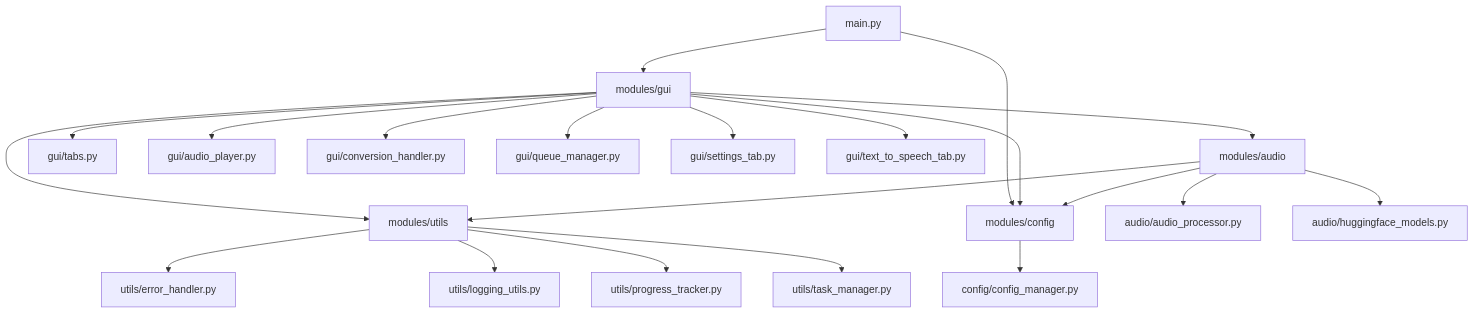
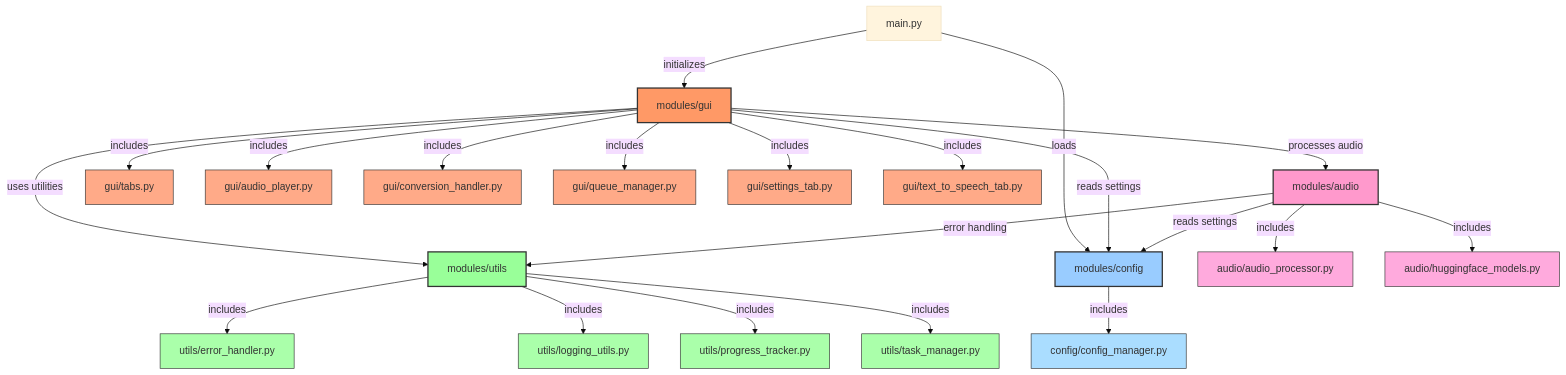
One commit to BluGenes-source/audio-to-text-app changed the diagram in README.md. Above: the diagram before and after it, drawn with Mermaid.

Commit message:
Update README.md with color-coded module dependencies diagram

````diff
--- a/README.md
+++ b/README.md
@@ -122,28 +122,45 @@
 ```mermaid
+%%{init: {'theme': 'base', 'themeVariables': { 'fontSize': '16px', 'fontFamily': 'arial' }}}%%
 graph TD
-    main[main.py] --> gui[modules/gui]
-    main --> config[modules/config]
-    gui --> audio[modules/audio]
-    gui --> utils[modules/utils]
-    gui --> config
-    audio --> utils
-    audio --> config
+    %% Main module relationships with color coding
+    main[main.py] -->|initializes| gui[modules/gui]:::coreModule
+    main[main.py] -->|loads| config[modules/config]:::configModule
+    gui -->|processes audio| audio[modules/audio]:::audioModule
+    gui -->|uses utilities| utils[modules/utils]:::utilsModule
+    gui -->|reads settings| config
+    audio -->|error handling| utils
+    audio -->|reads settings| config
     
     %% Detailed submodules
-    gui --> gui_tabs[gui/tabs.py]
-    gui --> gui_player[gui/audio_player.py]
-    gui --> gui_conversion[gui/conversion_handler.py]
-    gui --> gui_queue[gui/queue_manager.py]
-    gui --> gui_settings[gui/settings_tab.py]
-    gui --> gui_tts[gui/text_to_speech_tab.py]
+    %% GUI submodules
+    gui -->|includes| gui_tabs[gui/tabs.py]:::guiComponent
+    gui -->|includes| gui_player[gui/audio_player.py]:::guiComponent
+    gui -->|includes| gui_conversion[gui/conversion_handler.py]:::guiComponent
+    gui -->|includes| gui_queue[gui/queue_manager.py]:::guiComponent
+    gui -->|includes| gui_settings[gui/settings_tab.py]:::guiComponent
+    gui -->|includes| gui_tts[gui/text_to_speech_tab.py]:::guiComponent
     
-    audio --> audio_processor[audio/audio_processor.py]
-    audio --> huggingface[audio/huggingface_models.py]
+    %% Audio submodules
+    audio -->|includes| audio_processor[audio/audio_processor.py]:::audioComponent
+    audio -->|includes| huggingface[audio/huggingface_models.py]:::audioComponent
     
-    utils --> error_handler[utils/error_handler.py]
-    utils --> logging[utils/logging_utils.py]
-    utils --> progress[utils/progress_tracker.py]
-    utils --> task_manager[utils/task_manager.py]
+    %% Utils submodules
+    utils -->|includes| error_handler[utils/error_handler.py]:::utilsComponent
+    utils -->|includes| logging[utils/logging_utils.py]:::utilsComponent
+    utils -->|includes| progress[utils/progress_tracker.py]:::utilsComponent
+    utils -->|includes| task_manager[utils/task_manager.py]:::utilsComponent
     
-    config --> config_manager[config/config_manager.py]
+    %% Config submodule
+    config -->|includes| config_manager[config/config_manager.py]:::configComponent
+    
+    %% Define styles for different module types
+    classDef coreModule fill:#f96,stroke:#333,stroke-width:2px
+    classDef configModule fill:#9cf,stroke:#333,stroke-width:2px
+    classDef audioModule fill:#f9c,stroke:#333,stroke-width:2px
+    classDef utilsModule fill:#9f9,stroke:#333,stroke-width:2px
+    
+    classDef guiComponent fill:#fa8,stroke:#333,stroke-width:1px
+    classDef audioComponent fill:#fad,stroke:#333,stroke-width:1px
+    classDef utilsComponent fill:#afa,stroke:#333,stroke-width:1px
+    classDef configComponent fill:#adf,stroke:#333,stroke-width:1px
 ```
````
